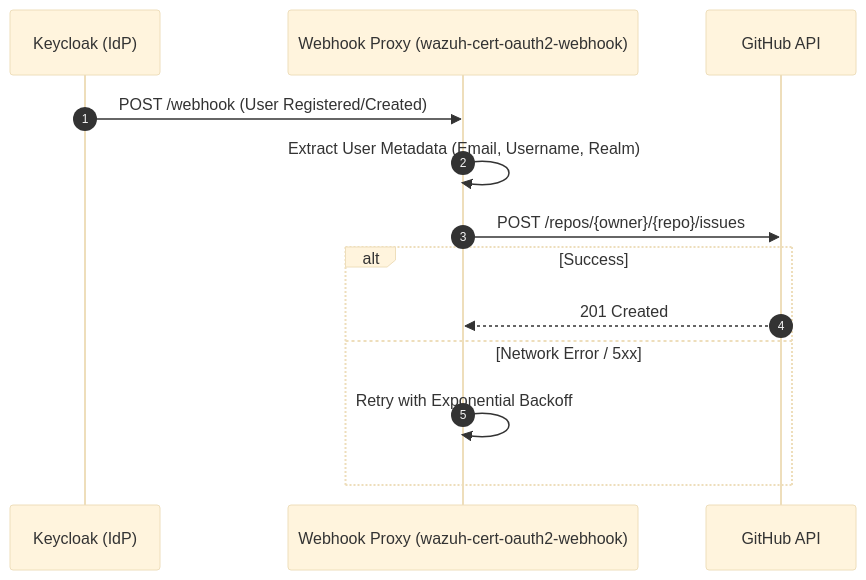
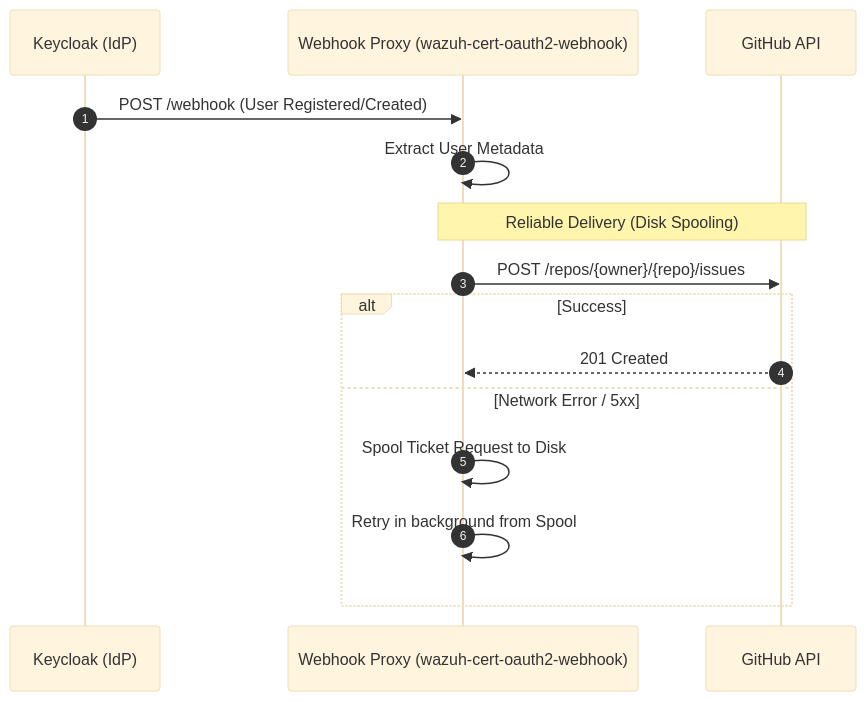
Before and after one commit to ADORSYS-GIS/wazuh-cert-oauth2: the fourth of 5 diagrams in docs/architecture.md, drawn with Mermaid (base theme). The commit also changed other lines of this file, not shown here.

Commit message:
docs: update architecture to match current implementation

````diff
--- a/docs/architecture.md
+++ b/docs/architecture.md
@@ -96,18 +116,22 @@
 ```mermaid
 sequenceDiagram
     autonumber
 
     participant Keycloak as Keycloak (IdP)
     participant Webhook as Webhook Proxy (wazuh-cert-oauth2-webhook)
     participant GitHub as GitHub API
 
     Keycloak->>Webhook: POST /webhook (User Registered/Created)
-    Webhook->>Webhook: Extract User Metadata (Email, Username, Realm)
+    Webhook->>Webhook: Extract User Metadata
+    
+    Note over Webhook,GitHub: Reliable Delivery (Disk Spooling)
+
     Webhook->>GitHub: POST /repos/{owner}/{repo}/issues
     
     alt Success
         GitHub-->>Webhook: 201 Created
     else Network Error / 5xx
-        Webhook->>Webhook: Retry with Exponential Backoff
+        Webhook->>Webhook: Spool Ticket Request to Disk
+        Webhook->>Webhook: Retry in background from Spool
     end
 ```
````
